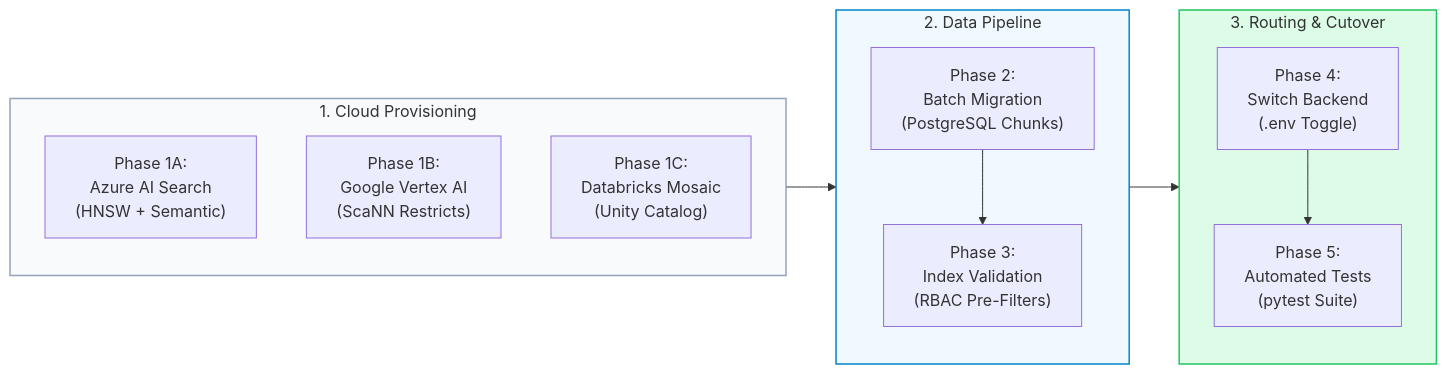
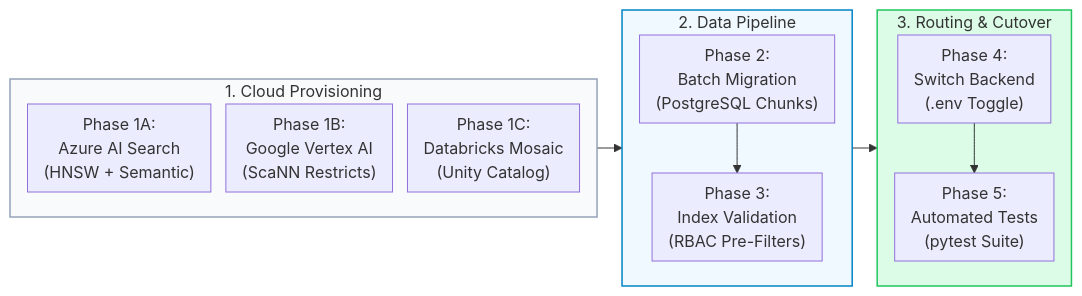
One commit to Kenono2000/enterprise-rag-pgvector-rbac changed the eighth of 9 diagrams in README.md. Above: the diagram before and after it, drawn with Mermaid. The commit also changed other lines of this file, not shown here.

````diff
--- a/README.md
+++ b/README.md
@@ -494,30 +304,22 @@
 ```mermaid
+%%{init: {'flowchart': {'nodeSpacing': 15, 'rankSpacing': 25, 'padding': 8}}}%%
 flowchart LR
     subgraph Provisioning ["1. Cloud Provisioning"]
         direction TB
         Azure_P["Phase 1A:<br/>Azure AI Search<br/>(HNSW + Semantic)"]
         GCP_P["Phase 1B:<br/>Google Vertex AI<br/>(ScaNN Restricts)"]
         DBX_P["Phase 1C:<br/>Databricks Mosaic<br/>(Unity Catalog)"]
     end
-
     subgraph DataOps ["2. Data Pipeline"]
         direction TB
-        MIG["Phase 2:<br/>Batch Migration<br/>(PostgreSQL Chunks)"]
-        VAL["Phase 3:<br/>Index Validation<br/>(RBAC Pre-Filters)"]
-        MIG --> VAL
+        MIG["Phase 2:<br/>Batch Migration<br/>(PostgreSQL Chunks)"] --> VAL["Phase 3:<br/>Index Validation<br/>(RBAC Pre-Filters)"]
     end
-
     subgraph Cutover ["3. Routing & Cutover"]
         direction TB
-        ENV["Phase 4:<br/>Switch Backend<br/>(.env Toggle)"]
-        TEST["Phase 5:<br/>Automated Tests<br/>(pytest Suite)"]
-        ENV --> TEST
+        ENV["Phase 4:<br/>Switch Backend<br/>(.env Toggle)"] --> TEST["Phase 5:<br/>Automated Tests<br/>(pytest Suite)"]
     end
-
-    Provisioning --> DataOps
-    DataOps --> Cutover
-
+    Provisioning --> DataOps --> Cutover
     style Provisioning fill:#f8fafc,stroke:#94a3b8,stroke-width:1.5px
     style DataOps fill:#f0f9ff,stroke:#0284c7,stroke-width:1.5px
     style Cutover fill:#dcfce7,stroke:#22c55e,stroke-width:1.5px
 ```
````
